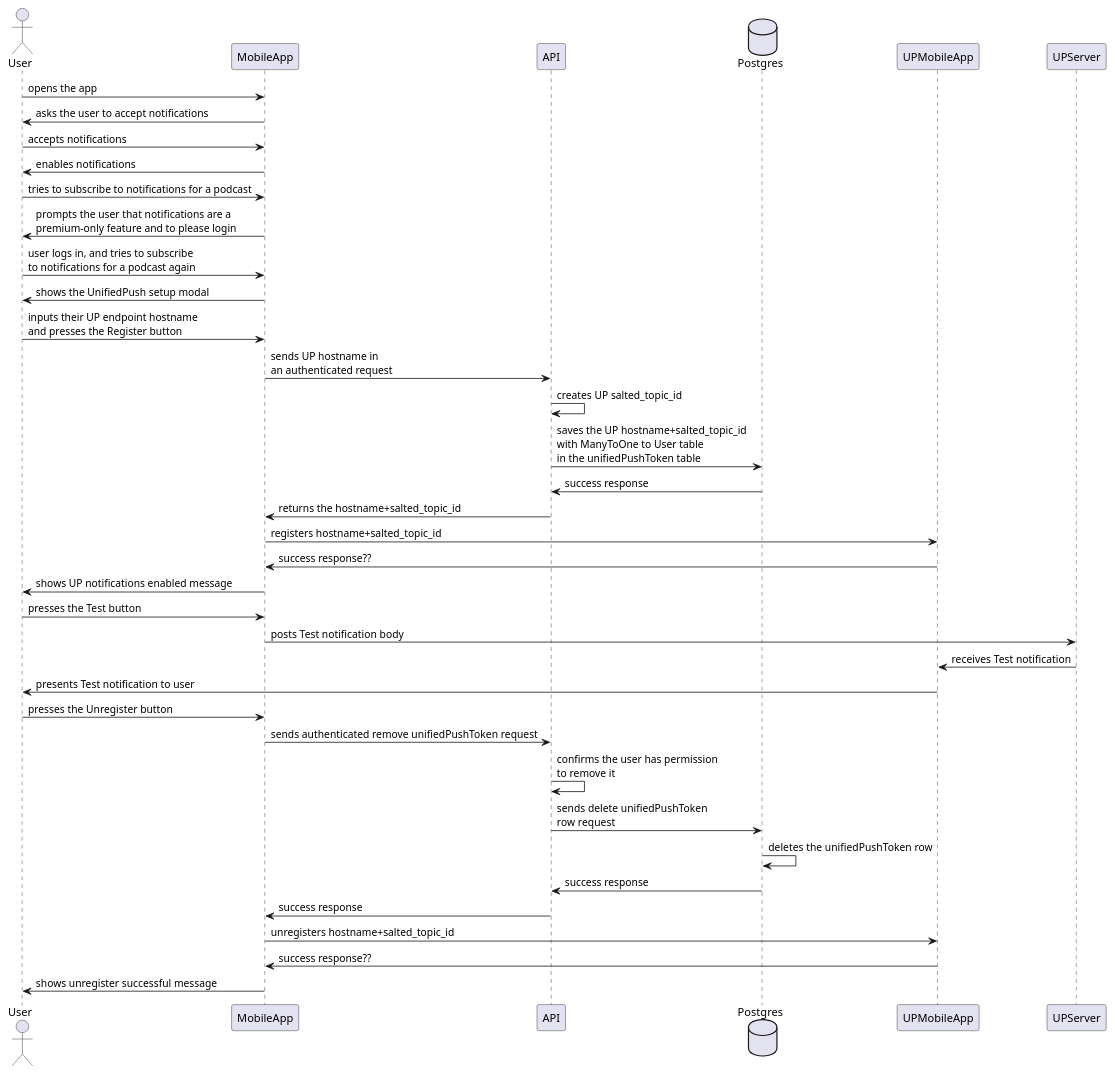
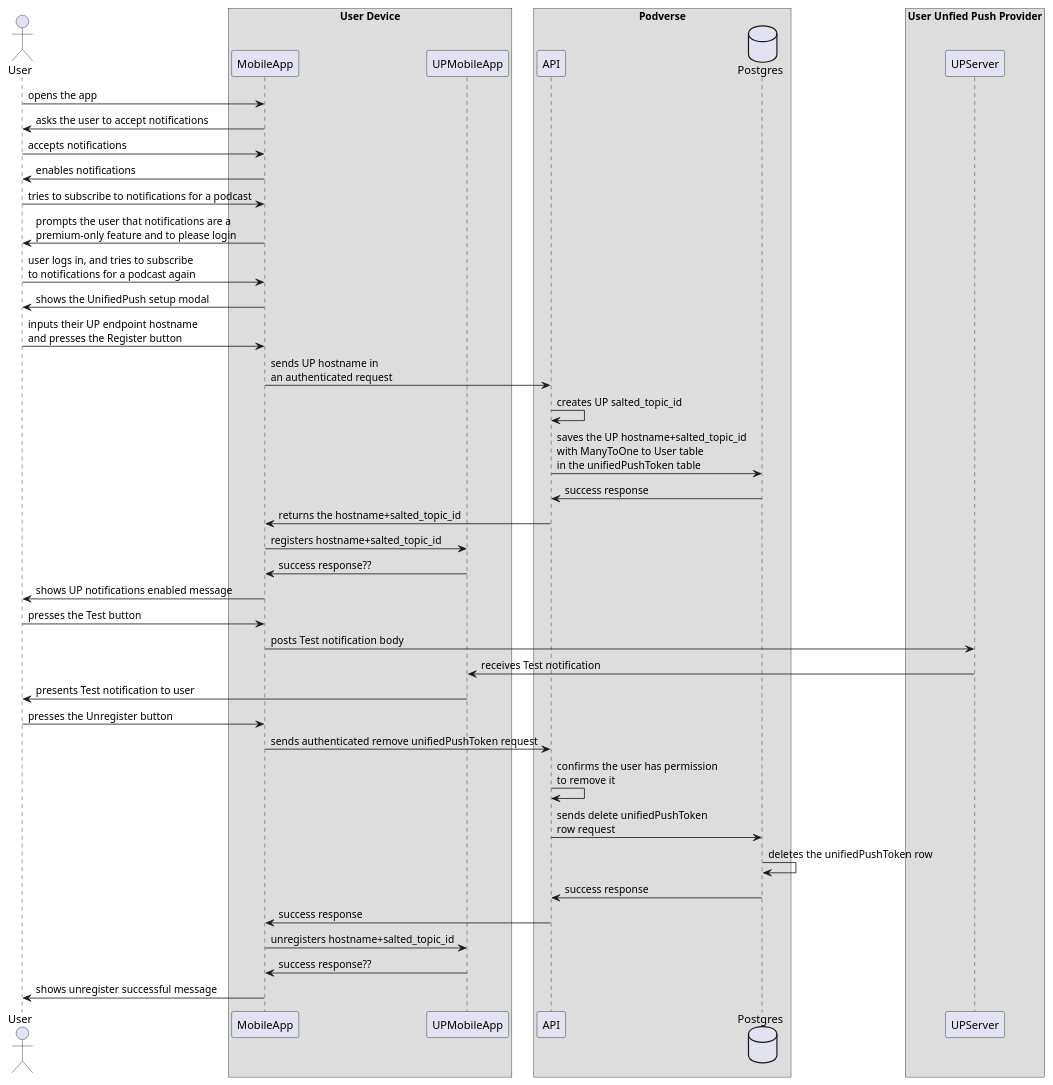
The diagram in diagrams/unifiedPushMobile00.puml (podverse/podverse-ops), drawn with PlantUML before and after one commit. The commit also changed 1 other file, not shown here.

```diff
--- a/diagrams/unifiedPushMobile00.puml
+++ b/diagrams/unifiedPushMobile00.puml
@@ -1,41 +1,49 @@
 @startuml unifiedPushMobile00
 actor User
+box "User Device"
 participant MobileApp
+participant UPMobileApp
+end box
+box "internet"
+box "Podverse"
 participant API
 database Postgres
-participant UPMobileApp
+end box
+box "User Unfied Push Provider"
 participant UPServer
+end box
+end box
 
 User -> MobileApp : opens the app
 MobileApp -> User : asks the user to accept notifications
 User -> MobileApp : accepts notifications
 MobileApp -> User : enables notifications
 User -> MobileApp : tries to subscribe to notifications for a podcast
 MobileApp -> User : prompts the user that notifications are a \npremium-only feature and to please login
 User -> MobileApp : user logs in, and tries to subscribe \nto notifications for a podcast again
 MobileApp -> User : shows the UnifiedPush setup modal
 User -> MobileApp : inputs their UP endpoint hostname \nand presses the Register button
 MobileApp -> API : sends UP hostname in \nan authenticated request
 API -> API : creates UP salted_topic_id
 API -> Postgres : saves the UP hostname+salted_topic_id \nwith ManyToOne to User table \nin the unifiedPushToken table
 Postgres -> API : success response
 API -> MobileApp : returns the hostname+salted_topic_id
 MobileApp -> UPMobileApp : registers hostname+salted_topic_id
 UPMobileApp -> MobileApp : success response??
 MobileApp -> User : shows UP notifications enabled message
 User -> MobileApp : presses the Test button
 MobileApp -> UPServer : posts Test notification body
 UPServer -> UPMobileApp : receives Test notification
 UPMobileApp -> User : presents Test notification to user
 User -> MobileApp : presses the Unregister button
 MobileApp -> API : sends authenticated remove unifiedPushToken request
 API -> API : confirms the user has permission \nto remove it
 API -> Postgres : sends delete unifiedPushToken \nrow request
 Postgres -> Postgres : deletes the unifiedPushToken row
 Postgres -> API : success response
 API -> MobileApp : success response
 MobileApp -> UPMobileApp : unregisters hostname+salted_topic_id
 UPMobileApp -> MobileApp : success response??
 MobileApp -> User : shows unregister successful message
 
 @enduml
```
